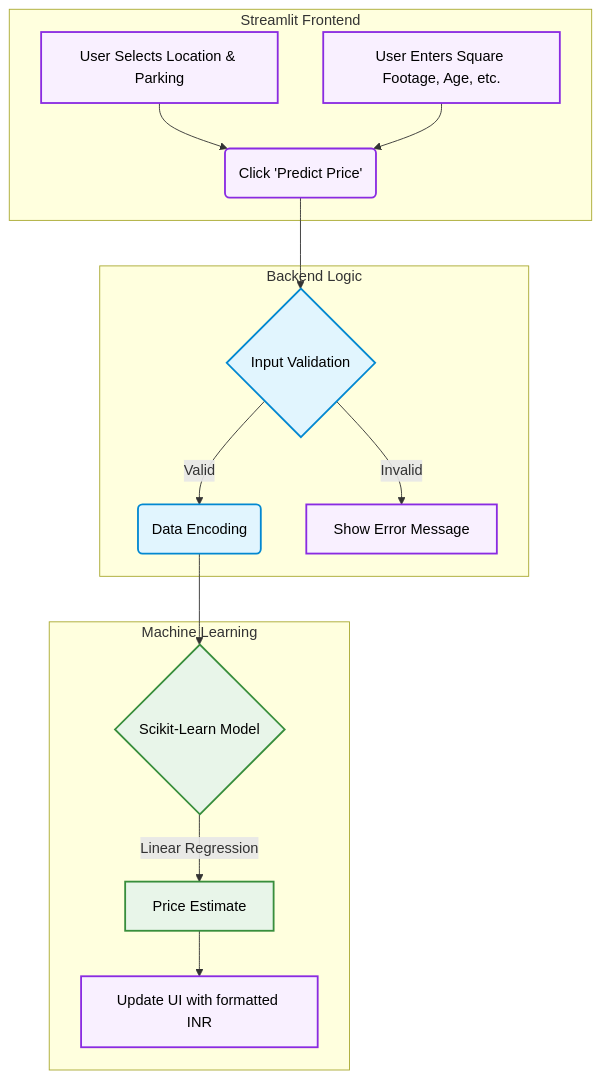
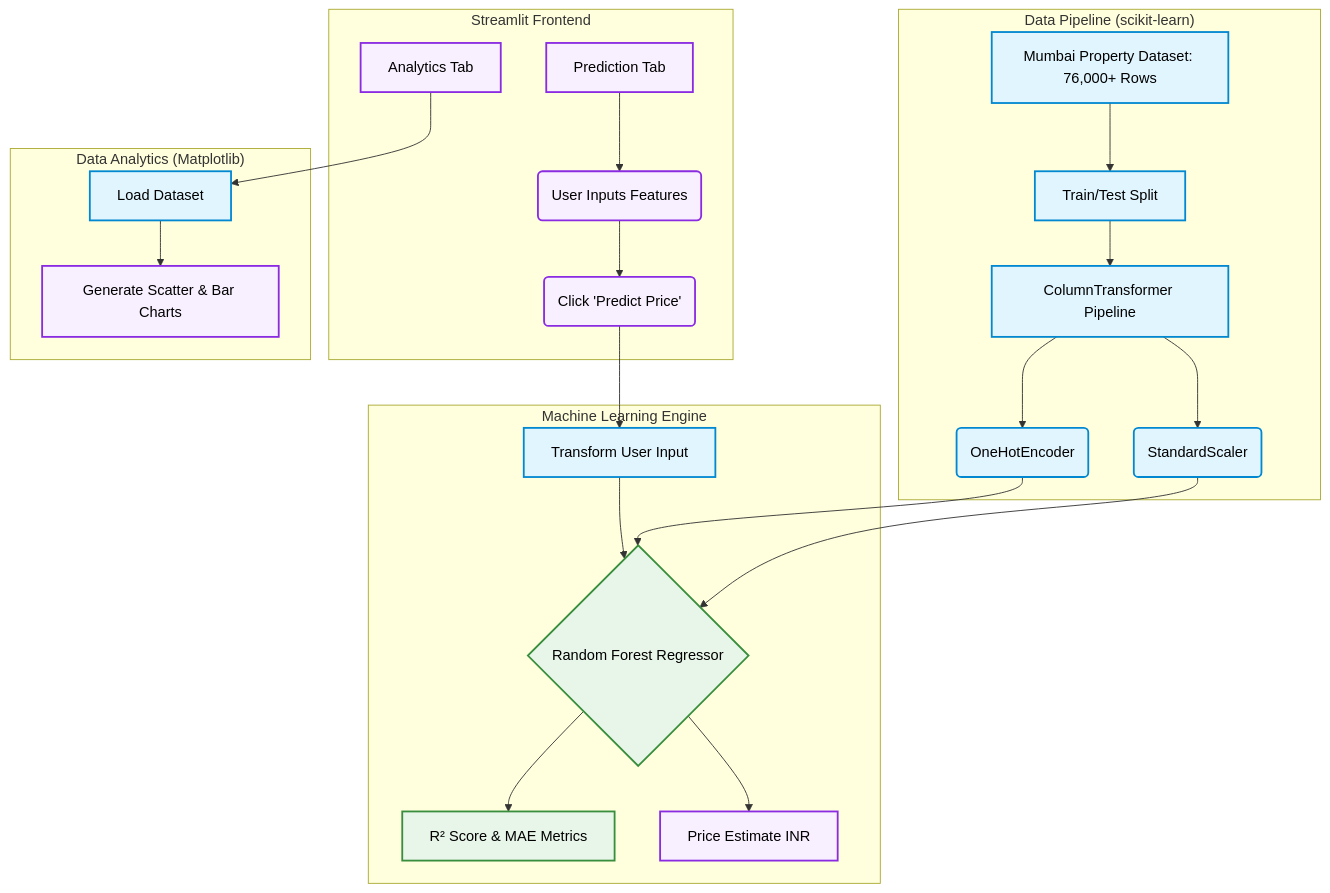
Before and after one commit to Shashank17singh/NIELIT-Project: the diagram in README.md, drawn with Mermaid. The commit also changed other lines of this file, not shown here.

Commit message:
Update README for Random Forest upgrade and Analytics

````diff
--- a/README.md
+++ b/README.md
@@ -23,29 +27,38 @@
 ```mermaid
 graph TD
     subgraph "Streamlit Frontend"
-    A[User Selects Location & Parking]
-    B[User Enters Square Footage, Age, etc.]
-    A --> C(Click 'Predict Price')
-    B --> C
+    A[Prediction Tab]
+    B[Analytics Tab]
+    A --> C(User Inputs Features)
+    C --> D(Click 'Predict Price')
     end
     
-    subgraph "Backend Logic"
-    C --> D{Input Validation}
-    D -->|Valid| E(Data Encoding)
-    D -->|Invalid| F[Show Error Message]
+    subgraph "Data Pipeline (scikit-learn)"
+    E[Mumbai Property Dataset: 76,000+ Rows]
+    E --> F[Train/Test Split]
+    F --> G[ColumnTransformer Pipeline]
+    G --> H(StandardScaler)
+    G --> I(OneHotEncoder)
     end
     
-    subgraph "Machine Learning"
-    E --> G{Scikit-Learn Model}
-    G -->|Linear Regression| H[Price Estimate]
-    H --> I[Update UI with formatted INR]
+    subgraph "Machine Learning Engine"
+    H & I --> J{Random Forest Regressor}
+    J --> K[R² Score & MAE Metrics]
+    D --> L[Transform User Input]
+    L --> J
+    J --> M[Price Estimate INR]
+    end
+    
+    subgraph "Data Analytics (Matplotlib)"
+    B --> N[Load Dataset]
+    N --> O[Generate Scatter & Bar Charts]
     end
     
     classDef io fill:#f9f0ff,stroke:#8a2be2,stroke-width:2px,color:#000;
     classDef core fill:#e1f5fe,stroke:#0288d1,stroke-width:2px,color:#000;
     classDef logic fill:#e8f5e9,stroke:#388e3c,stroke-width:2px,color:#000;
     
-    class A,B,C,F,I io;
-    class D,E core;
-    class G,H logic;
+    class A,B,C,D,M,O io;
+    class E,F,G,H,I,L,N core;
+    class J,K logic;
 ```
````
